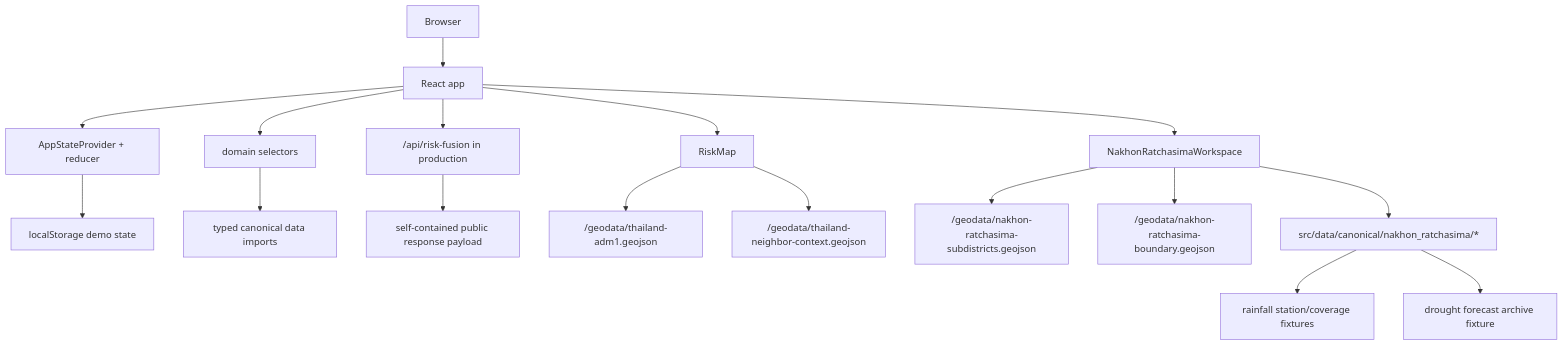
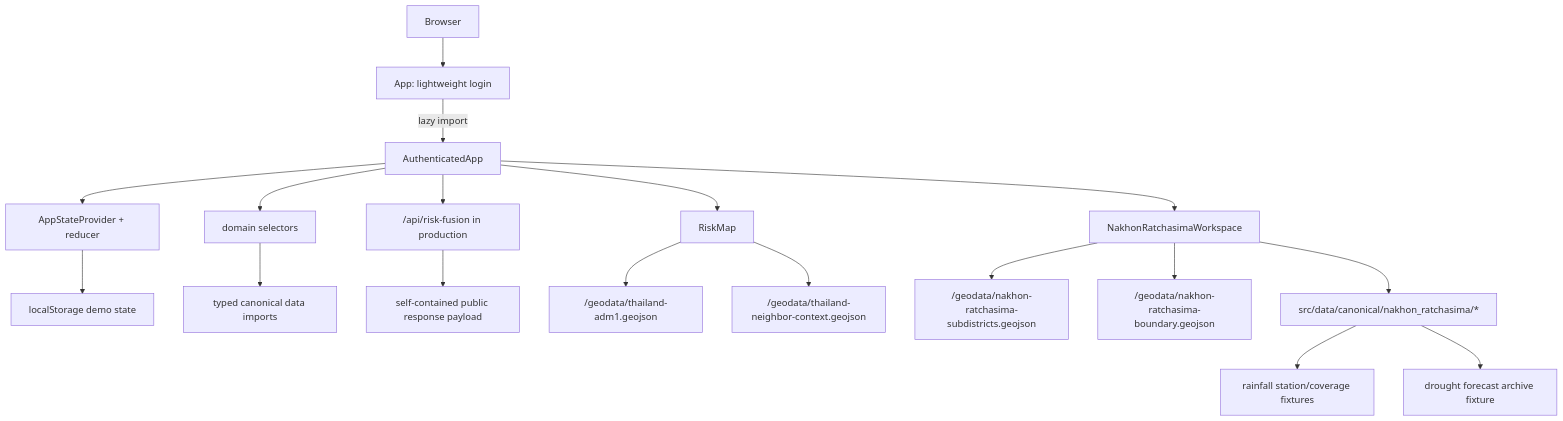
Before and after one commit to purichw/korattanphai: the diagram in docs/ARCHITECTURE.md, drawn with Mermaid. The commit also changed other lines of this file and 57 other files, not shown here.

````diff
--- a/docs/ARCHITECTURE.md
+++ b/docs/ARCHITECTURE.md
@@ -39,19 +39,20 @@
 ```mermaid
 flowchart TD
-  Browser["Browser"] --> App["React app"]
+  Browser["Browser"] --> Login["App: lightweight login"]
+  Login -->|lazy import| App["AuthenticatedApp"]
   App --> Store["AppStateProvider + reducer"]
   Store --> Local["localStorage demo state"]
   App --> Domain["domain selectors"]
   App --> FusionApi["/api/risk-fusion in production"]
   Domain --> Catalog["typed canonical data imports"]
   FusionApi --> FusionPayload["self-contained public response payload"]
   App --> Map["RiskMap"]
   Map --> Geo["/geodata/thailand-adm1.geojson"]
   Map --> NeighborGeo["/geodata/thailand-neighbor-context.geojson"]
   App --> NR["NakhonRatchasimaWorkspace"]
   NR --> NRGeo["/geodata/nakhon-ratchasima-subdistricts.geojson"]
   NR --> NRBoundary["/geodata/nakhon-ratchasima-boundary.geojson"]
   NR --> NRData["src/data/canonical/nakhon_ratchasima/*"]
   NRData --> Rain["rainfall station/coverage fixtures"]
   NRData --> Archive["drought forecast archive fixture"]
 ```
````
